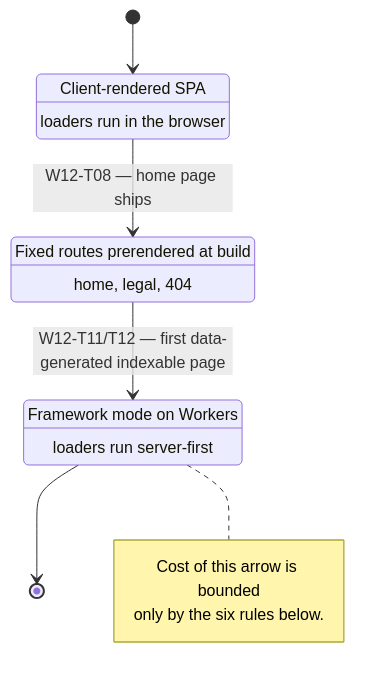
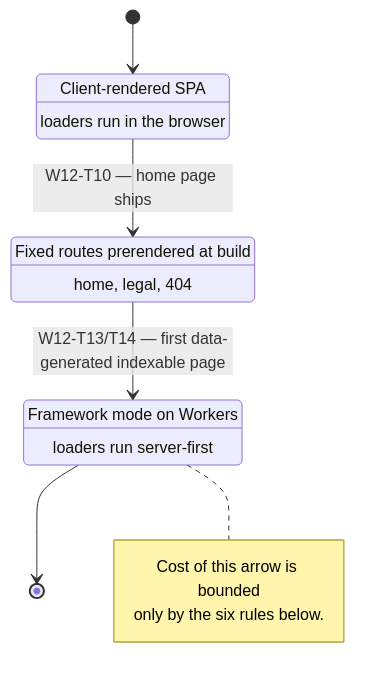
One commit to mastrobardo/marketplace changed the first of 3 diagrams in docs/adr/ADR-011-web-application-architecture.md. Above: the diagram before and after it, drawn with Mermaid. The commit also changed other lines of this file and 33 other files, not shown here.

````diff
--- a/docs/adr/ADR-011-web-application-architecture.md
+++ b/docs/adr/ADR-011-web-application-architecture.md
@@ -98,19 +98,19 @@
 ```mermaid
 stateDiagram-v2
     [*] --> SPA
     SPA: Client-rendered SPA
     SPA: loaders run in the browser
     Prerendered: Fixed routes prerendered at build
     Prerendered: home, legal, 404
     SSR: Framework mode on Workers
     SSR: loaders run server-first
 
-    SPA --> Prerendered: W12-T08 — home page ships
-    Prerendered --> SSR: W12-T11/T12 — first data-generated indexable page
+    SPA --> Prerendered: W12-T10 — home page ships
+    Prerendered --> SSR: W12-T13/T14 — first data-generated indexable page
     SSR --> [*]
 
     note right of SSR
       Cost of this arrow is bounded
       only by the six rules below.
     end note
 ```
````
